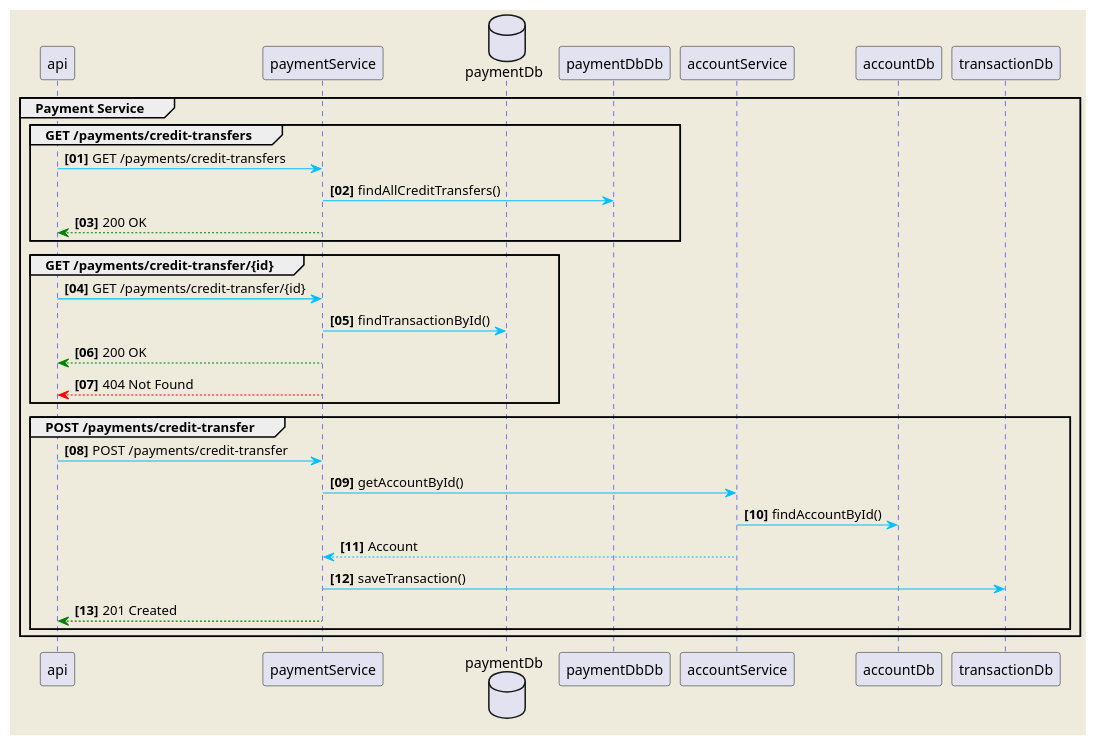
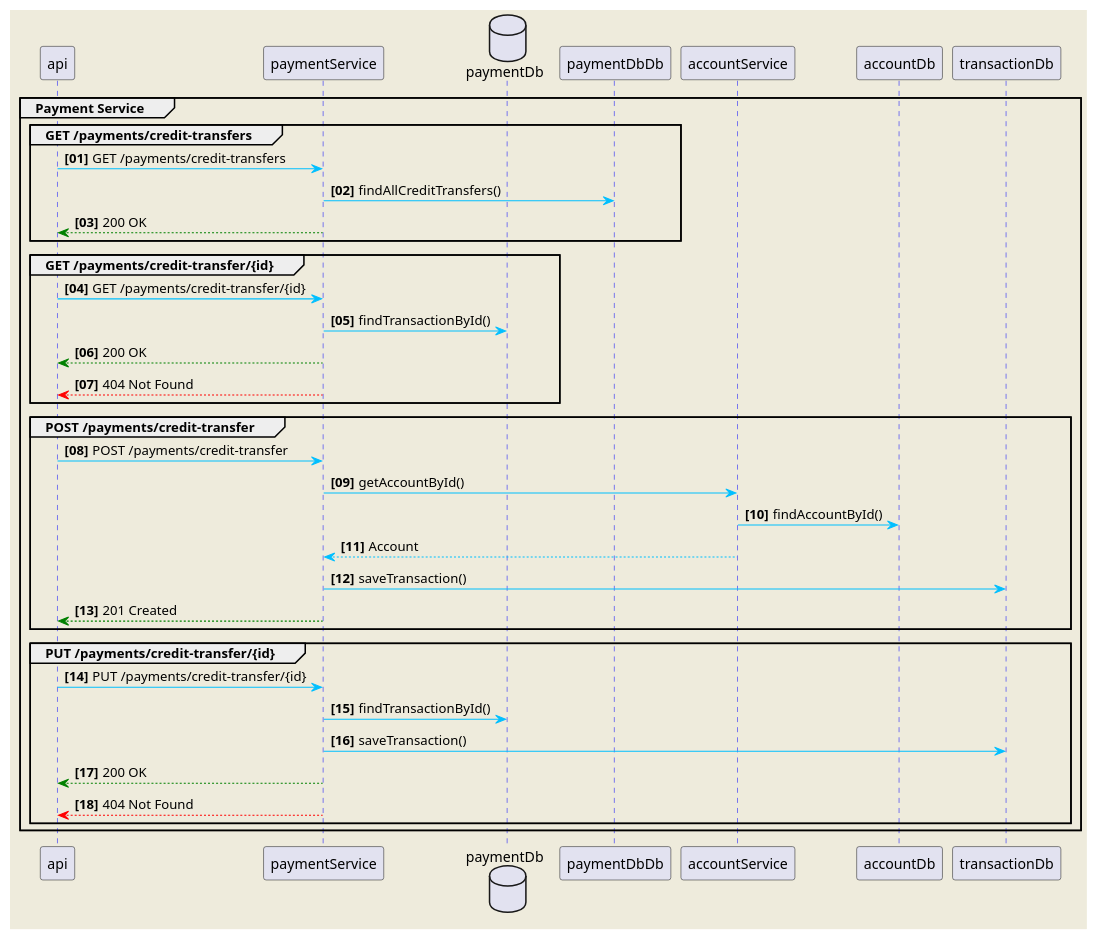
One commit to C0d3N1nJ4/payment-service changed the diagram in docs/payment.plantuml. Above: the diagram before and after it, drawn with PlantUML. The commit also changed 2 other files, not shown here.

```diff
--- a/docs/payment.plantuml
+++ b/docs/payment.plantuml
@@ -1,32 +1,39 @@
 @startuml
 skinparam backgroundColor #EEEBDC
 skinparam sequence {
 ArrowColor DeepSkyBlue
 ActorBorderColor DeepSkyBlue
 LifeLineBorderColor blue
 LifeLineBackgroundColor #A9DCDF}
 
 autonumber 1 1 "<b>[00]"
 group Payment Service
     group GET /payments/credit-transfers
         api -> paymentService: GET /payments/credit-transfers
         database    paymentDb    as paymentDb
         paymentService -> paymentDbDb: findAllCreditTransfers()
         api <-[#green]- paymentService: 200 OK
     end
     group GET /payments/credit-transfer/{id}
         api -> paymentService: GET /payments/credit-transfer/{id}
         paymentService -> paymentDb: findTransactionById()
         api <-[#green]- paymentService: 200 OK
         api <-[#red]- paymentService: 404 Not Found
     end
     group POST /payments/credit-transfer
            api -> paymentService: POST /payments/credit-transfer
             paymentService -> accountService: getAccountById()
             accountService -> accountDb: findAccountById()
             accountService --> paymentService: Account
             paymentService -> transactionDb: saveTransaction()
             api <-[#green]- paymentService: 201 Created
     end
+    group PUT /payments/credit-transfer/{id}
+        api -> paymentService: PUT /payments/credit-transfer/{id}
+        paymentService -> paymentDb: findTransactionById()
+        paymentService -> transactionDb: saveTransaction()
+        api <-[#green]- paymentService: 200 OK
+        api <-[#red]- paymentService: 404 Not Found
+    end
 end
 @enduml
```
